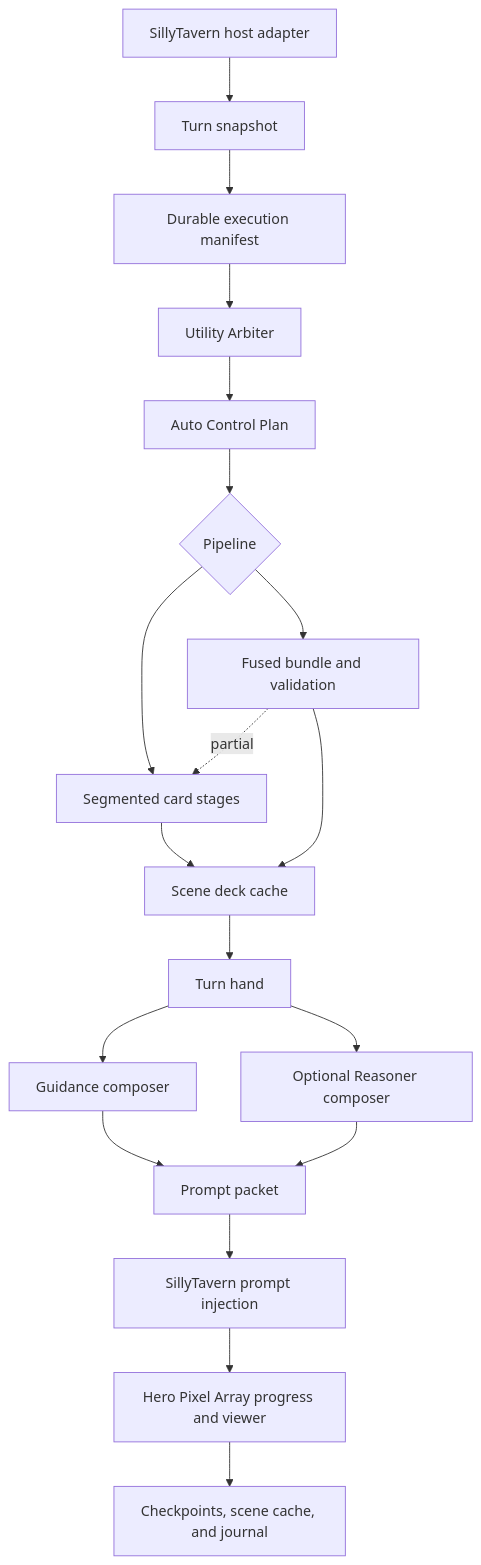
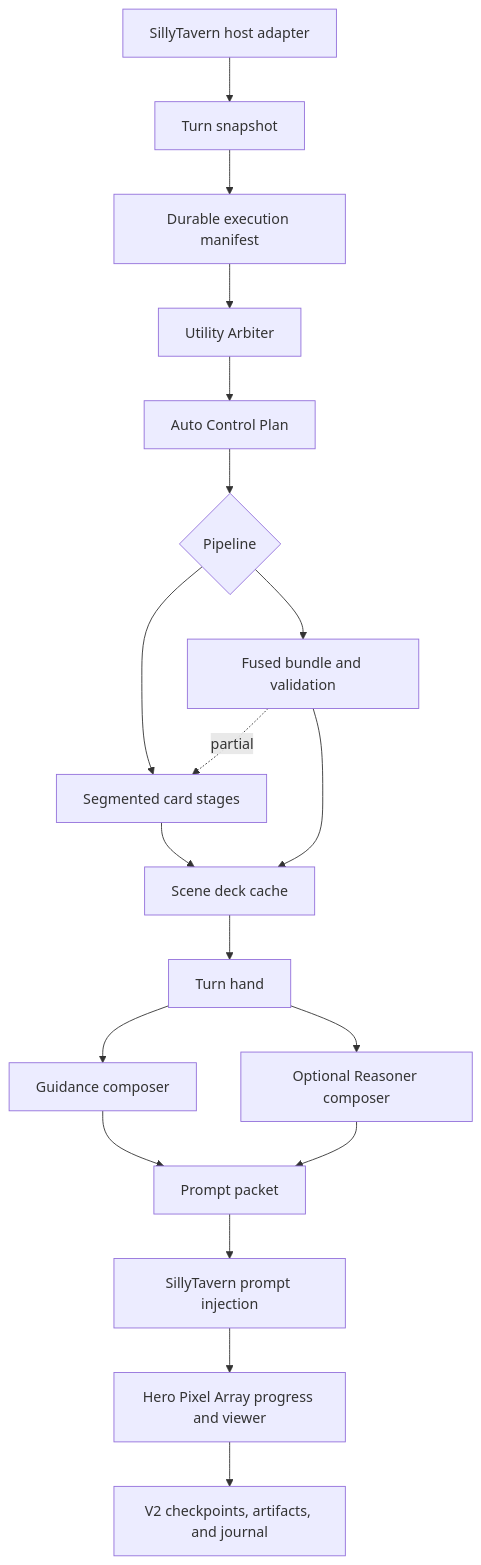
The first of 3 diagrams in docs/technical/RECURSION_TECHNICAL_MANUAL.md (MentallyQuill/Recursion), drawn with Mermaid before and after one commit. The commit also changed other lines of this file and 25 other files, not shown here.

````diff
--- a/docs/technical/RECURSION_TECHNICAL_MANUAL.md
+++ b/docs/technical/RECURSION_TECHNICAL_MANUAL.md
@@ -13,21 +13,21 @@
 ```mermaid
 flowchart TD
     Host["SillyTavern host adapter"] --> Snapshot["Turn snapshot"]
     Snapshot --> Manifest["Durable execution manifest"]
     Manifest --> Arbiter["Utility Arbiter"]
     Arbiter --> Plan["Auto Control Plan"]
     Plan --> Jobs{"Pipeline"}
     Jobs --> Segmented["Segmented card stages"]
     Jobs --> Fused["Fused bundle and validation"]
     Fused -. "partial" .-> Segmented
     Segmented --> Deck["Scene deck cache"]
     Fused --> Deck
     Deck --> Hand["Turn hand"]
     Hand --> Composer["Guidance composer"]
     Hand --> Reasoner["Optional Reasoner composer"]
     Composer --> Packet["Prompt packet"]
     Reasoner --> Packet
     Packet --> Inject["SillyTavern prompt injection"]
     Inject --> Activity["Hero Pixel Array progress and viewer"]
-    Activity --> Storage["Checkpoints, scene cache, and journal"]
+    Activity --> Storage["V2 checkpoints, artifacts, and journal"]
 ```
````
